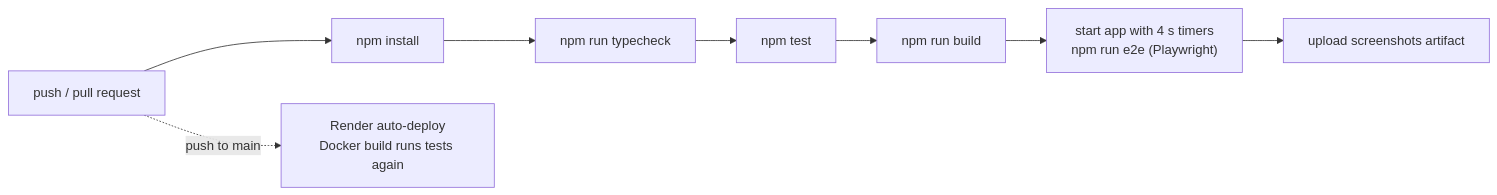
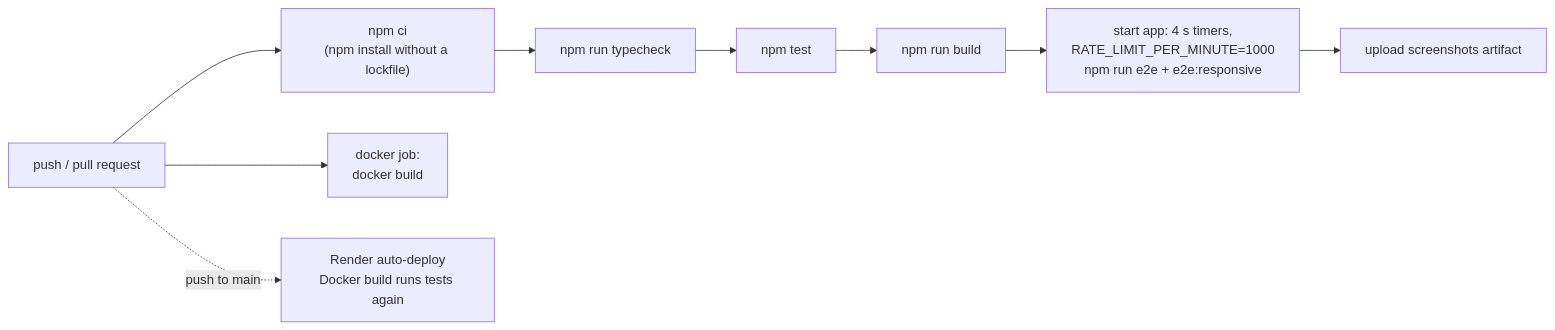
One commit to pRiMeXoMeGa/white-label-hms changed the second of 2 diagrams in docs/04-deployment-devops.md. Above: the diagram before and after it, drawn with Mermaid. The commit also changed other lines of this file and 78 other files, not shown here.

````diff
--- a/docs/04-deployment-devops.md
+++ b/docs/04-deployment-devops.md
@@ -75,10 +77,11 @@
 ```mermaid
 flowchart LR
-  P[push / pull request] --> I[npm install]
+  P[push / pull request] --> I["npm ci<br/>(npm install without a lockfile)"]
   I --> T1[npm run typecheck]
   T1 --> T2[npm test]
   T2 --> B[npm run build]
-  B --> E["start app with 4 s timers<br/>npm run e2e (Playwright)"]
+  B --> E["start app: 4 s timers,<br/>RATE_LIMIT_PER_MINUTE=1000<br/>npm run e2e + e2e:responsive"]
   E --> S[upload screenshots artifact]
+  P --> D["docker job:<br/>docker build"]
   P -.->|push to main| R[Render auto-deploy<br/>Docker build runs tests again]
 ```
````
